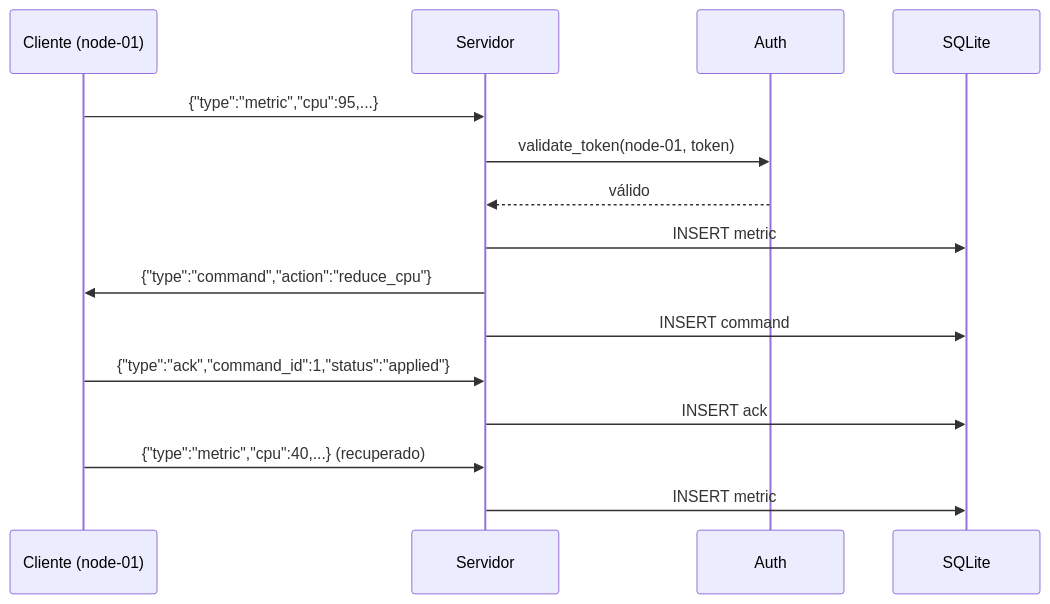
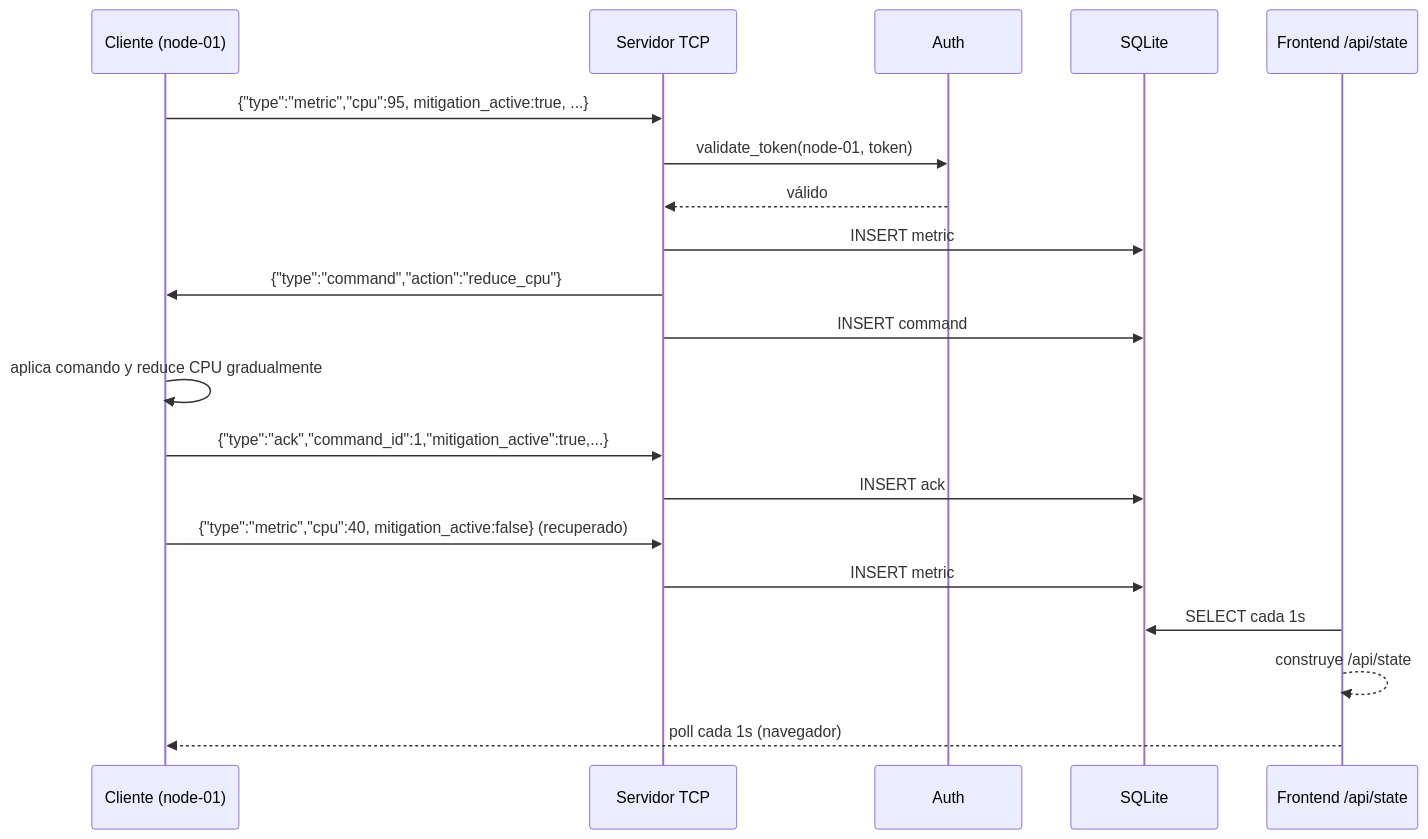
The second of 3 diagrams in docs/architecture.md (JorshSlimming/sistema-monitoreo-remoto-servidores-simulados), drawn with Mermaid before and after one commit. The commit also changed other lines of this file and 25 other files, not shown here.

````diff
--- a/docs/architecture.md
+++ b/docs/architecture.md
@@ -60,18 +77,23 @@
 ```mermaid
 sequenceDiagram
     participant C as Cliente (node-01)
-    participant S as Servidor
+    participant S as Servidor TCP
     participant A as Auth
     participant DB as SQLite
+    participant F as Frontend /api/state
 
-    C->>S: {"type":"metric","cpu":95,...}
+    C->>S: {"type":"metric","cpu":95, mitigation_active:true, ...}
     S->>A: validate_token(node-01, token)
     A-->>S: válido
     S->>DB: INSERT metric
     S->>C: {"type":"command","action":"reduce_cpu"}
     S->>DB: INSERT command
-    C->>S: {"type":"ack","command_id":1,"status":"applied"}
+    C->>C: aplica comando y reduce CPU gradualmente
+    C->>S: {"type":"ack","command_id":1,"mitigation_active":true,...}
     S->>DB: INSERT ack
-    C->>S: {"type":"metric","cpu":40,...}  (recuperado)
+    C->>S: {"type":"metric","cpu":40, mitigation_active:false} (recuperado)
     S->>DB: INSERT metric
+    F->>DB: SELECT cada 1s
+    F-->>F: construye /api/state
+    F-->>C: poll cada 1s (navegador)
 ```
````
